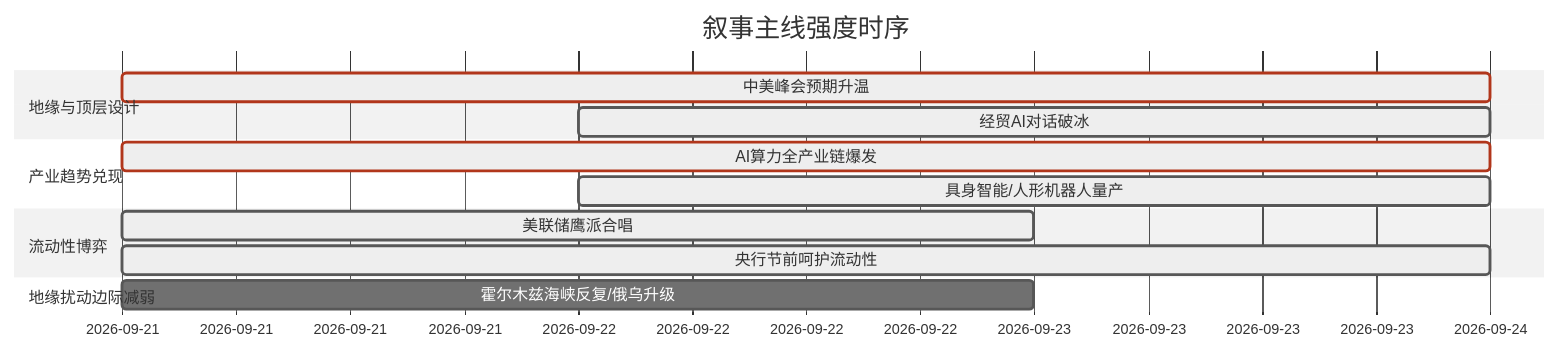
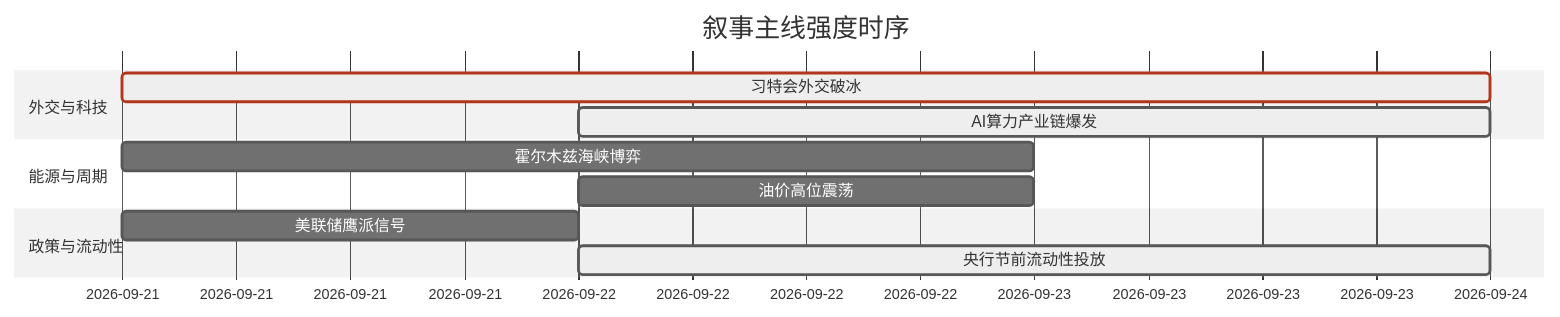
The diagram in 5day_report.md (uu5zn/uu5zn.github.io), drawn with Mermaid (neutral theme) before and after one commit. The commit also changed other lines of this file and 20 other files, not shown here.

````diff
--- a/5day_report.md
+++ b/5day_report.md
@@ -56,19 +58,16 @@
 ```mermaid
 gantt
     title 叙事主线强度时序
-    dateFormat  YYYY-MM-DD
-    section 地缘与顶层设计
-    中美峰会预期升温       :crit, active, 2026-09-21, 3d
-    经贸AI对话破冰           :active, 2026-09-22, 2d
+    dateFormat YYYY-MM-DD
+    section 外交与科技
+    习特会外交破冰     :crit, active, 2026-09-21, 3d
+    AI算力产业链爆发   :active, 2026-09-22, 2d
     
-    section 产业趋势兑现
-    AI算力全产业链爆发       :crit, active, 2026-09-21, 3d
-    具身智能/人形机器人量产  :active, 2026-09-22, 2d
+    section 能源与周期
+    霍尔木兹海峡博弈   :2026-09-21, 2d
+    油价高位震荡       :2026-09-22, 1d
     
-    section 流动性博弈
-    美联储鹰派合唱           :active, 2026-09-21, 2d
-    央行节前呵护流动性       :active, 2026-09-21, 3d
-    
-    section 地缘扰动边际减弱
-    霍尔木兹海峡反复/俄乌升级 :2026-09-21, 2d
+    section 政策与流动性
+    美联储鹰派信号     :2026-09-21, 1d
+    央行节前流动性投放 :active, 2026-09-22, 2d
 ```
````
